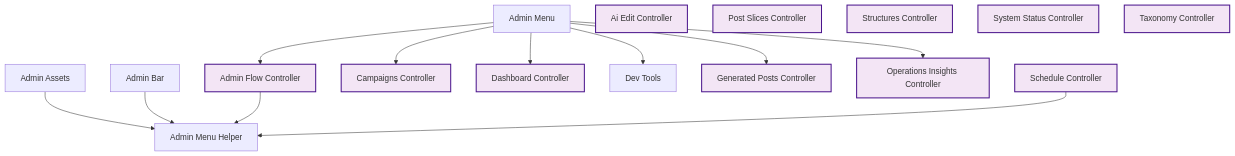
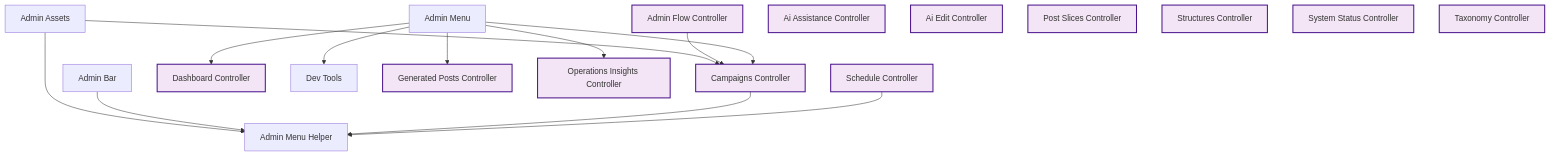
Before and after one commit to rpnunez/wp-ai-scheduler: diagram 13 of 19 in docs/feature-report.md, drawn with Mermaid. The commit also changed other lines of this file and 1 other file, not shown here.

````diff
--- a/docs/feature-report.md
+++ b/docs/feature-report.md
@@ -711,37 +712,39 @@
 ```mermaid
 flowchart TD
     %% User Interface & Admin Architecture
 
     Admin_Assets["Admin Assets"]
     Admin_Bar["Admin Bar"]
     Admin_Flow_Controller["Admin Flow Controller"]
     Admin_Menu_Helper["Admin Menu Helper"]
     Admin_Menu["Admin Menu"]
+    AI_Assistance_Controller["Ai Assistance Controller"]
     AI_Edit_Controller["Ai Edit Controller"]
     Campaigns_Controller["Campaigns Controller"]
     Dashboard_Controller["Dashboard Controller"]
     Dev_Tools["Dev Tools"]
     Generated_Posts_Controller["Generated Posts Controller"]
     Operations_Insights_Controller["Operations Insights Controller"]
     Post_Slices_Controller["Post Slices Controller"]
     Schedule_Controller["Schedule Controller"]
     Structures_Controller["Structures Controller"]
     System_Status_Controller["System Status Controller"]
     Taxonomy_Controller["Taxonomy Controller"]
 
     Admin_Assets --> Admin_Menu_Helper
+    Admin_Assets --> Campaigns_Controller
     Admin_Bar --> Admin_Menu_Helper
-    Admin_Flow_Controller --> Admin_Menu_Helper
-    Admin_Menu --> Admin_Flow_Controller
+    Admin_Flow_Controller --> Campaigns_Controller
     Admin_Menu --> Campaigns_Controller
     Admin_Menu --> Dashboard_Controller
     Admin_Menu --> Dev_Tools
     Admin_Menu --> Generated_Posts_Controller
     Admin_Menu --> Operations_Insights_Controller
+    Campaigns_Controller --> Admin_Menu_Helper
     Schedule_Controller --> Admin_Menu_Helper
 
     classDef repository fill:#e1f5ff,stroke:#01579b,stroke-width:2px
     classDef service fill:#fff3e0,stroke:#e65100,stroke-width:2px
     classDef controller fill:#f3e5f5,stroke:#4a148c,stroke-width:2px
-    class Admin_Flow_Controller,AI_Edit_Controller,Campaigns_Controller,Dashboard_Controller,Generated_Posts_Controller,Operations_Insights_Controller,Post_Slices_Controller,Schedule_Controller,Structures_Controller,System_Status_Controller,Taxonomy_Controller controller
+    class Admin_Flow_Controller,AI_Assistance_Controller,AI_Edit_Controller,Campaigns_Controller,Dashboard_Controller,Generated_Posts_Controller,Operations_Insights_Controller,Post_Slices_Controller,Schedule_Controller,Structures_Controller,System_Status_Controller,Taxonomy_Controller controller
 ```
````
